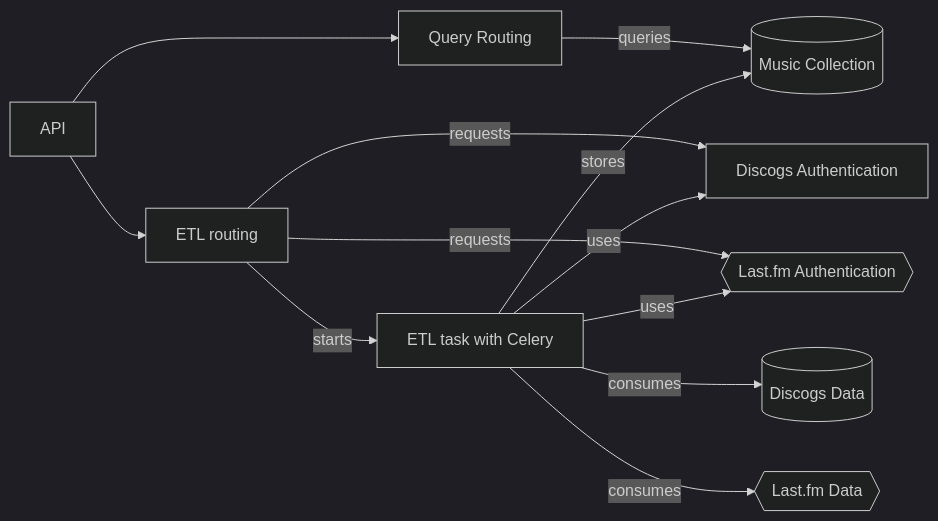
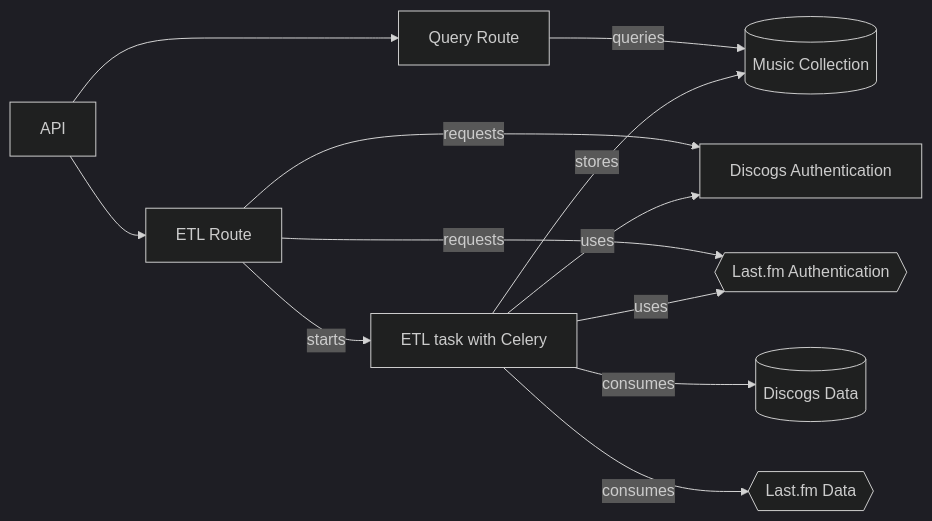
One commit to mark-me/music_explorer_api changed the second of 2 diagrams in README.md. Above: the diagram before and after it, drawn with Mermaid (dark theme). The commit also changed other lines of this file, not shown here.

Commit message:
Prettyfying

````diff
--- a/README.md
+++ b/README.md
@@ -41,24 +41,24 @@
 ```mermaid
 flowchart LR
     api[API]
-    api_querying[Query Routing]
+    api_querying[Query Route]
     data_db[(Music Collection)]
     authentication_discogs[Discogs Authentication]
     authentication_lastfm{{Last.fm Authentication}}
-    etl_api[ETL routing]
+    etl_api[ETL Route]
     celery_loader[ETL task with Celery]
     data_discogs[(Discogs Data)]
     data_lastfm{{Last.fm Data}}
 
     api --> api_querying
     api --> etl_api
     api_querying --queries--> data_db
     etl_api --requests--> authentication_discogs
     etl_api --requests--> authentication_lastfm
     etl_api --starts--> celery_loader
     celery_loader --uses--> authentication_discogs
     celery_loader --uses--> authentication_lastfm
     celery_loader --consumes--> data_discogs
     celery_loader --consumes--> data_lastfm
     celery_loader --stores--> data_db
 ```
````
